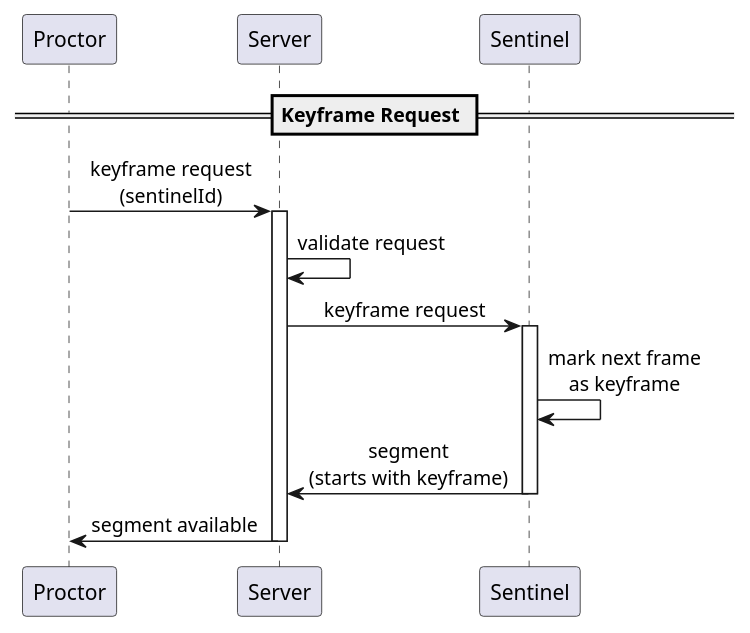
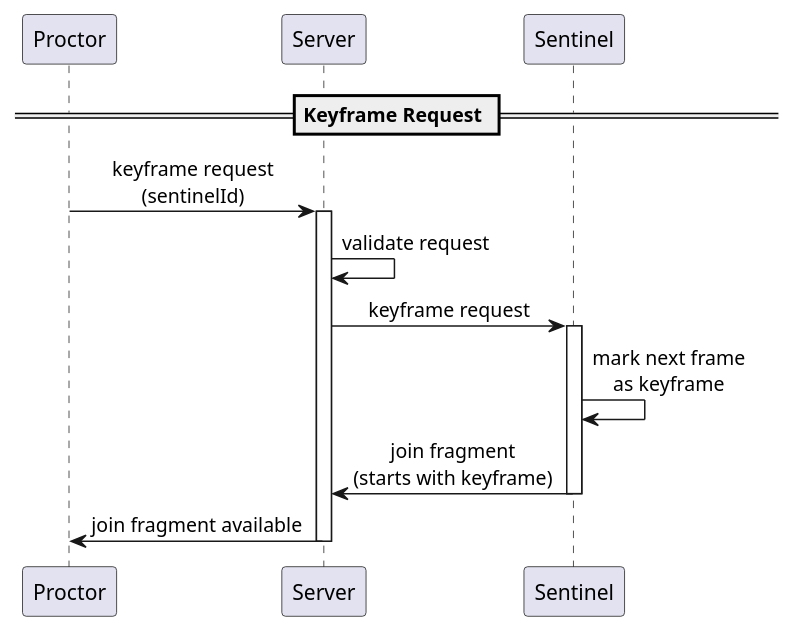
Before and after one commit to 2526-4ahitm-itp/2526-4ahitm-franklyn: the first of 2 diagrams in hugo/content/docs/reference/media-spec/control-messages.md, drawn with PlantUML. The commit also changed other lines of this file and 11 other files, not shown here.

````diff
--- a/hugo/content/docs/reference/media-spec/control-messages.md
+++ b/hugo/content/docs/reference/media-spec/control-messages.md
@@ -22,28 +22,28 @@
 ```plantuml
 @startuml
 skinparam sequenceMessageAlign center
 
 participant "Proctor" as P
 participant "Server" as Srv
 participant "Sentinel" as S
 
 == Keyframe Request ==
 
 P -> Srv : keyframe request\n(sentinelId)
 activate Srv
 
 Srv -> Srv : validate request
 
 Srv -> S : keyframe request
 activate S
 
 S -> S : mark next frame\nas keyframe
 
-S -> Srv : segment\n(starts with keyframe)
+ S -> Srv : join fragment\n(starts with keyframe)
 deactivate S
 
-Srv -> P : segment available
+Srv -> P : join fragment available
 deactivate Srv
 
 @enduml
 ```
````
